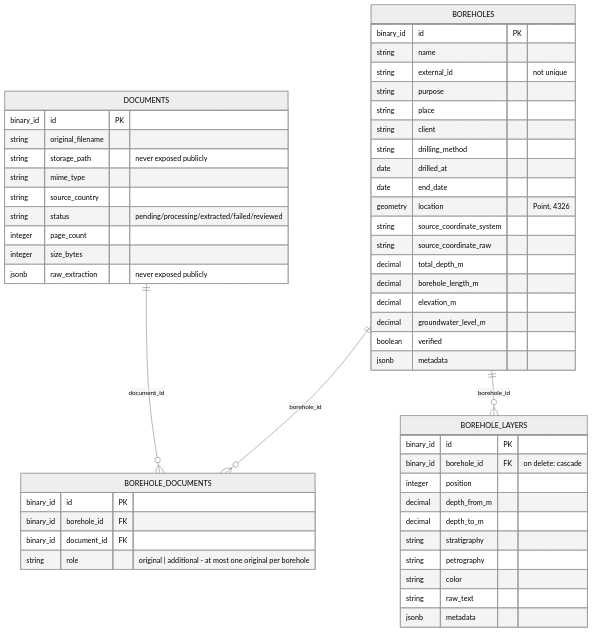
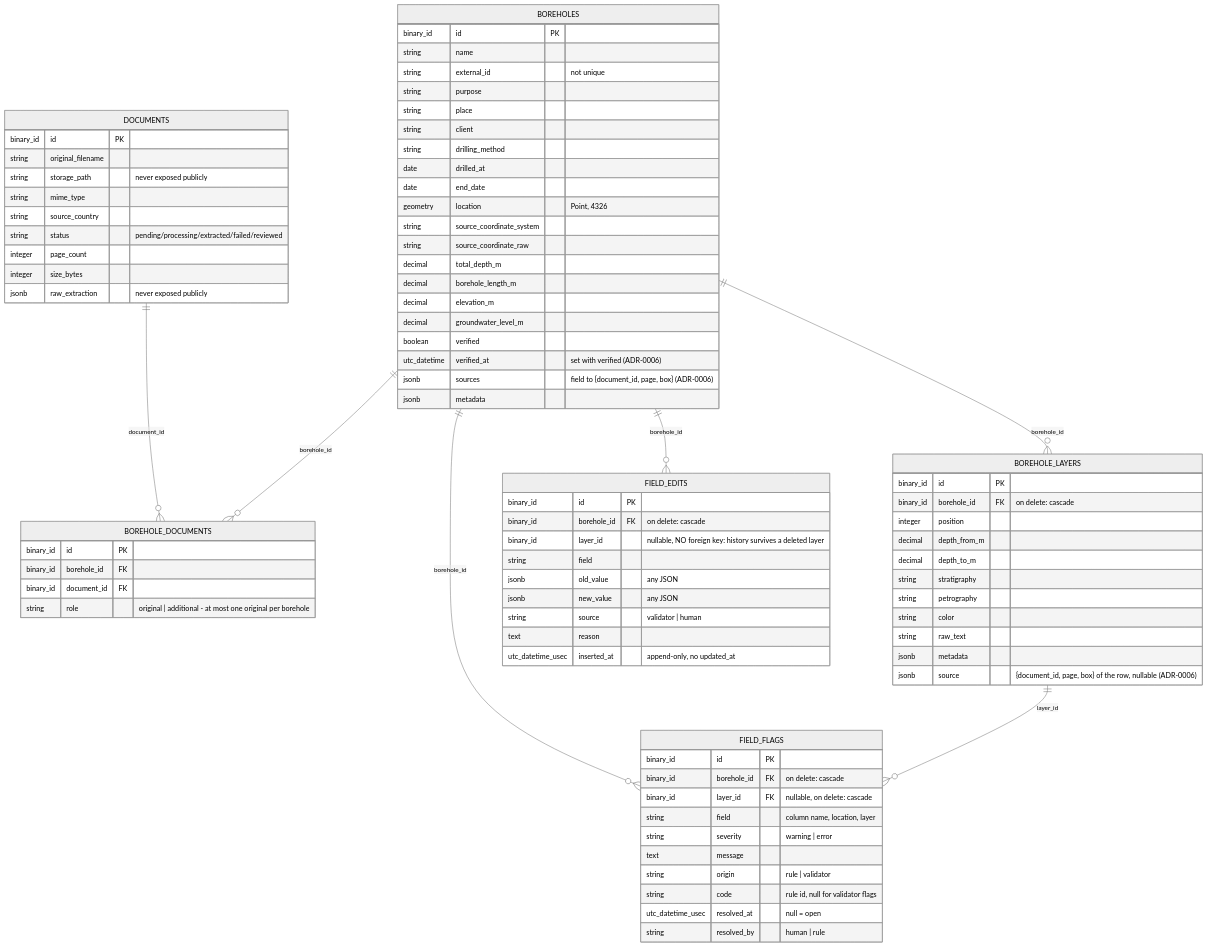
Before and after one commit to t-kelsey/smart-automation: the first of 2 diagrams in docs/data-model.md, drawn with Mermaid (neutral theme). The commit also changed other lines of this file and 93 other files, not shown here.

First line of the commit message:
feat: validation stage and human review (ADR-0006)

````diff
--- a/docs/data-model.md
+++ b/docs/data-model.md
@@ -9,6 +9,9 @@
     DOCUMENTS ||--o{ BOREHOLE_DOCUMENTS : document_id
     BOREHOLES ||--o{ BOREHOLE_DOCUMENTS : borehole_id
     BOREHOLES ||--o{ BOREHOLE_LAYERS : borehole_id
+    BOREHOLES ||--o{ FIELD_FLAGS : borehole_id
+    BOREHOLE_LAYERS ||--o{ FIELD_FLAGS : layer_id
+    BOREHOLES ||--o{ FIELD_EDITS : borehole_id
 
     DOCUMENTS {
         binary_id id PK
@@ -40,6 +43,8 @@
         decimal elevation_m
         decimal groundwater_level_m
         boolean verified
+        utc_datetime verified_at "set with verified (ADR-0006)"
+        jsonb sources "field to {document_id, page, box} (ADR-0006)"
         jsonb metadata
     }
 
@@ -61,5 +66,31 @@
         string color
         string raw_text
         jsonb metadata
+        jsonb source "{document_id, page, box} of the row, nullable (ADR-0006)"
+    }
+
+    FIELD_FLAGS {
+        binary_id id PK
+        binary_id borehole_id FK "on delete: cascade"
+        binary_id layer_id FK "nullable, on delete: cascade"
+        string field "column name, location, layer"
+        string severity "warning | error"
+        text message
+        string origin "rule | validator"
+        string code "rule id, null for validator flags"
+        utc_datetime_usec resolved_at "null = open"
+        string resolved_by "human | rule"
+    }
+
+    FIELD_EDITS {
+        binary_id id PK
+        binary_id borehole_id FK "on delete: cascade"
+        binary_id layer_id "nullable, NO foreign key: history survives a deleted layer"
+        string field
+        jsonb old_value "any JSON"
+        jsonb new_value "any JSON"
+        string source "validator | human"
+        text reason
+        utc_datetime_usec inserted_at "append-only, no updated_at"
     }
 ```
````
